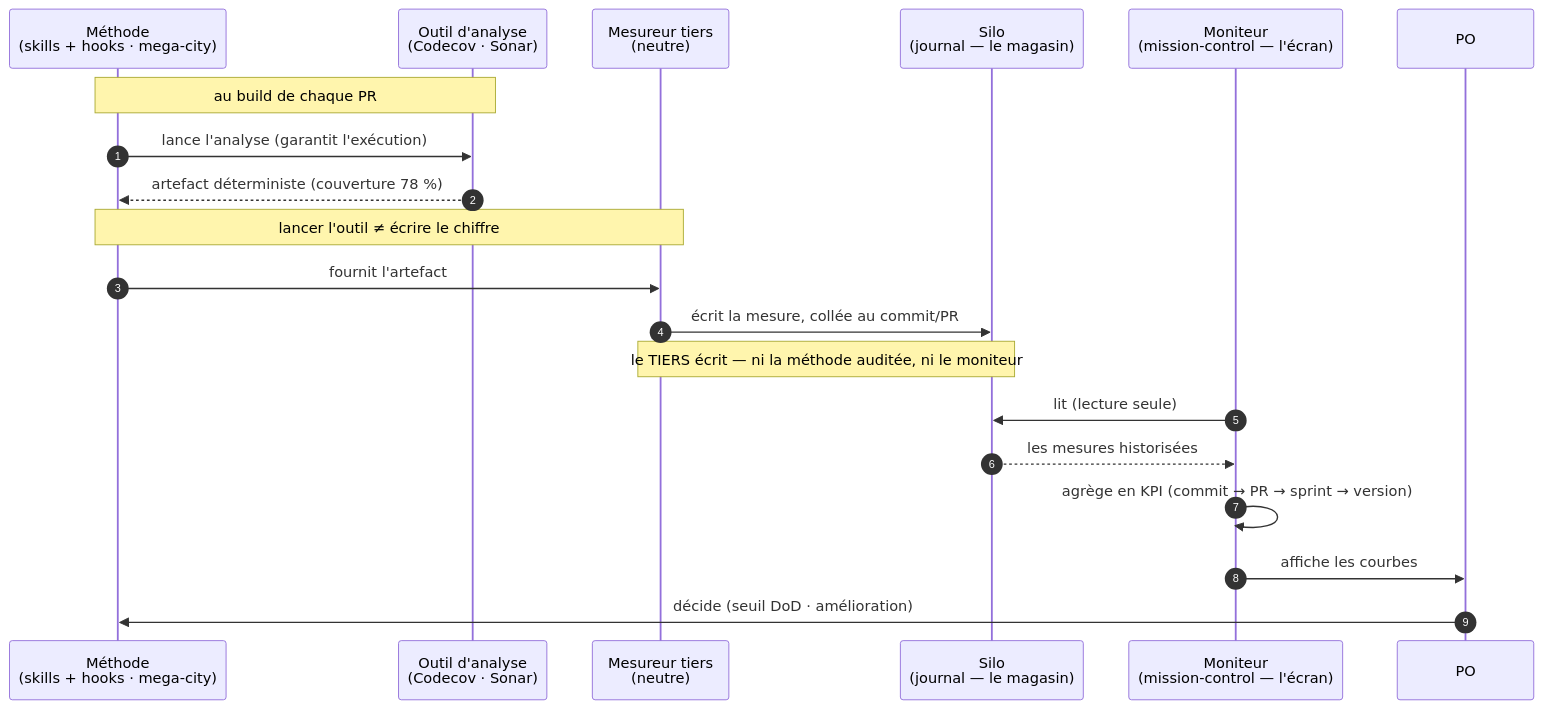
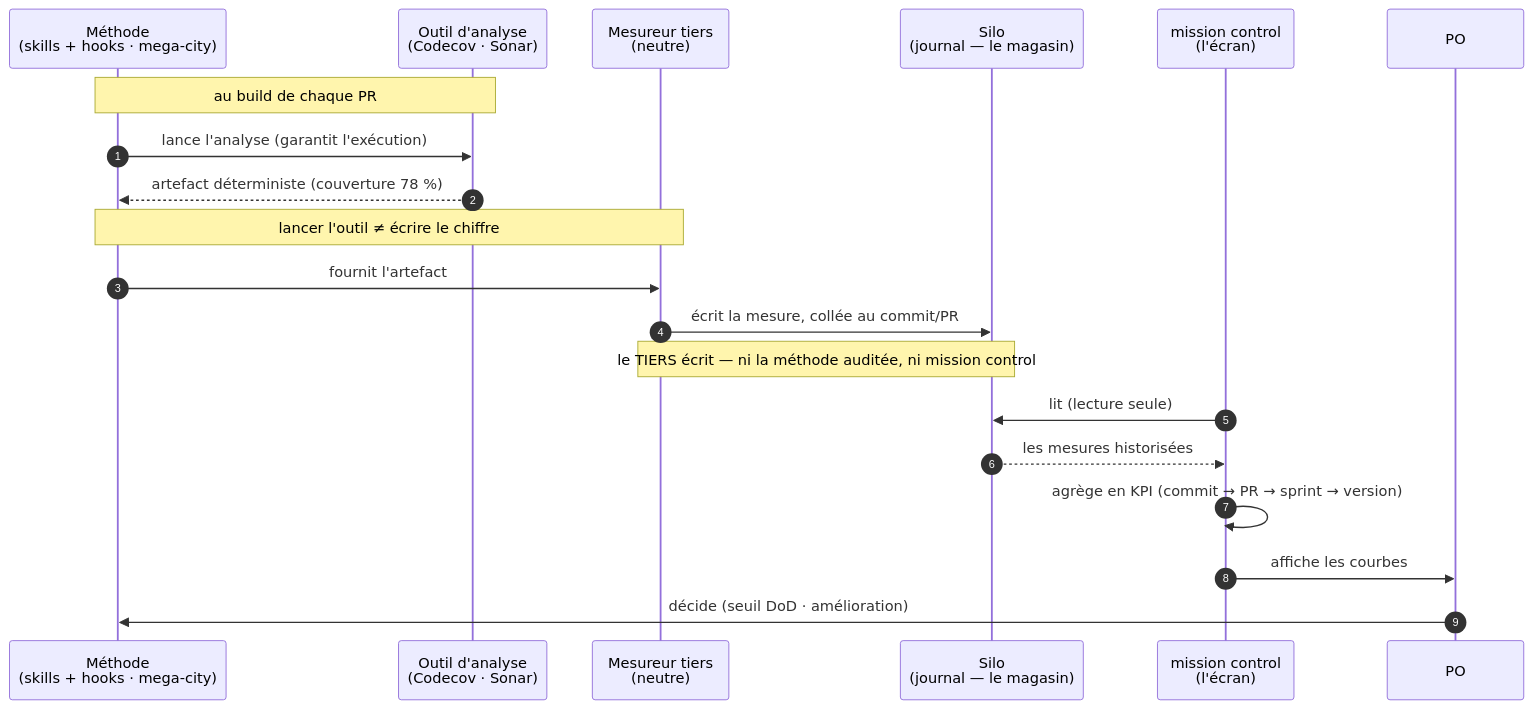
The diagram in diagrams/qualite-flux-emission-agregation/diagram.mmd (elzinko/vectorz), drawn with Mermaid before and after one commit. The commit also changed 49 other files, not shown here.

```diff
--- a/diagrams/qualite-flux-emission-agregation/diagram.mmd
+++ b/diagrams/qualite-flux-emission-agregation/diagram.mmd
@@ -1,21 +1,21 @@
 sequenceDiagram
     autonumber
     participant M as Méthode<br/>(skills + hooks · mega-city)
     participant O as Outil d'analyse<br/>(Codecov · Sonar)
     participant T as Mesureur tiers<br/>(neutre)
     participant S as Silo<br/>(journal — le magasin)
-    participant Mon as Moniteur<br/>(mission-control — l'écran)
+    participant Mon as mission control<br/>(l'écran)
     participant PO as PO
 
     Note over M,O: au build de chaque PR
     M->>O: lance l'analyse (garantit l'exécution)
     O-->>M: artefact déterministe (couverture 78 %)
     Note over M,T: lancer l'outil ≠ écrire le chiffre
     M->>T: fournit l'artefact
     T->>S: écrit la mesure, collée au commit/PR
-    Note over T,S: le TIERS écrit — ni la méthode auditée, ni le moniteur
+    Note over T,S: le TIERS écrit — ni la méthode auditée, ni mission control
     Mon->>S: lit (lecture seule)
     S-->>Mon: les mesures historisées
     Mon->>Mon: agrège en KPI (commit → PR → sprint → version)
     Mon->>PO: affiche les courbes
     PO->>M: décide (seuil DoD · amélioration)
```
